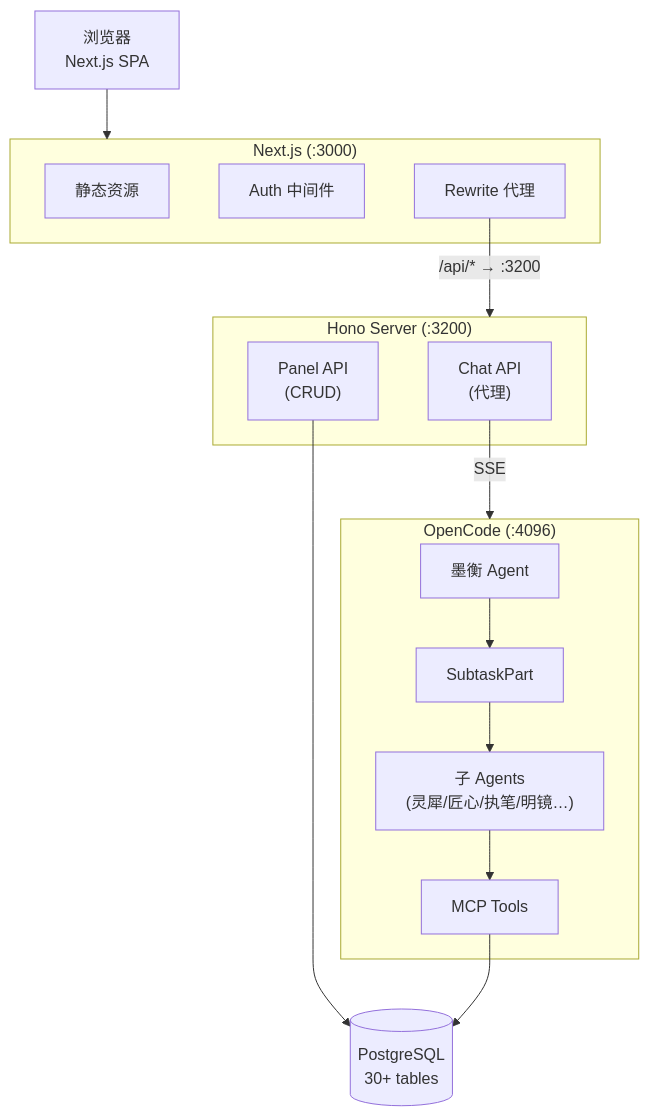
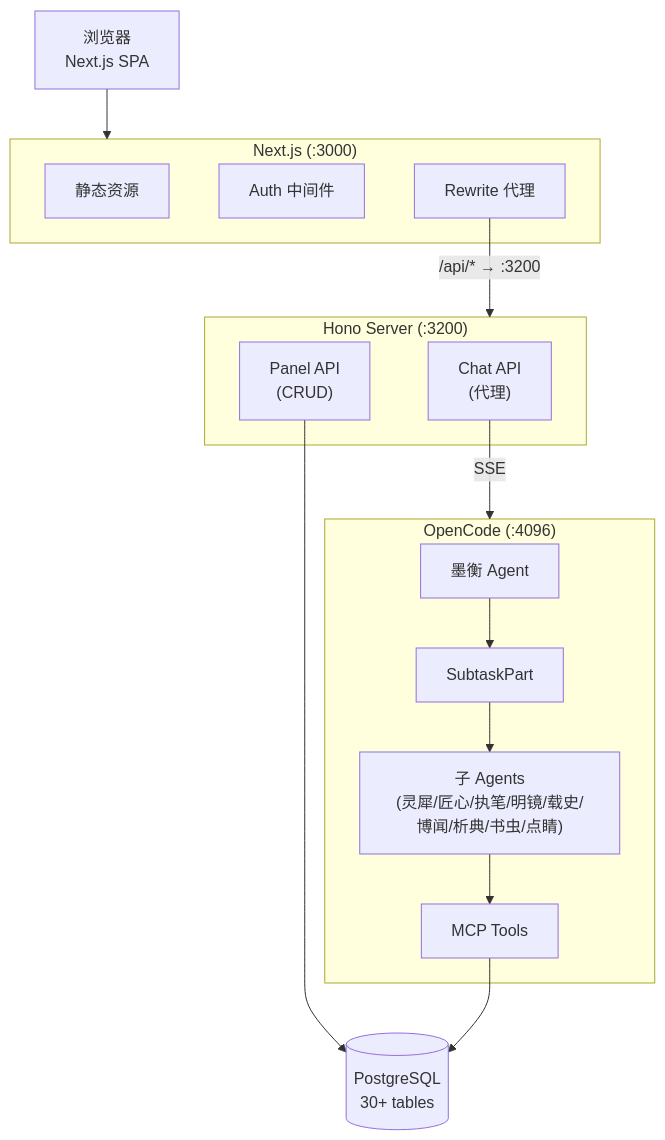
Before and after one commit to goodwinfame/moran-ai: the second of 9 diagrams in docs/v2-s2-architecture.md, drawn with Mermaid. The commit also changed 8 other files, not shown here.

````diff
--- a/docs/v2-s2-architecture.md
+++ b/docs/v2-s2-architecture.md
@@ -38,31 +38,31 @@
 ```mermaid
 graph TD
   Browser["浏览器<br/>Next.js SPA"]
 
   subgraph NextJS["Next.js (:3000)"]
     Static["静态资源"]
     Auth["Auth 中间件"]
     Rewrite["Rewrite 代理"]
   end
 
   subgraph Hono["Hono Server (:3200)"]
     ChatAPI["Chat API<br/>(代理)"]
     PanelAPI["Panel API<br/>(CRUD)"]
   end
 
   subgraph OpenCode["OpenCode (:4096)"]
     Moheng["墨衡 Agent"]
     SubTask["SubtaskPart"]
-    SubAgents["子 Agents<br/>(灵犀/匠心/执笔/明镜…)"]
+    SubAgents["子 Agents<br/>(灵犀/匠心/执笔/明镜/载史/博闻/析典/书虫/点睛)"]
     MCP["MCP Tools"]
     Moheng --> SubTask --> SubAgents --> MCP
   end
 
   DB[("PostgreSQL<br/>30+ tables")]
 
   Browser --> NextJS
   Rewrite -->|"/api/* → :3200"| Hono
   ChatAPI -->|"SSE"| OpenCode
   PanelAPI --> DB
   MCP --> DB
 ```
````
